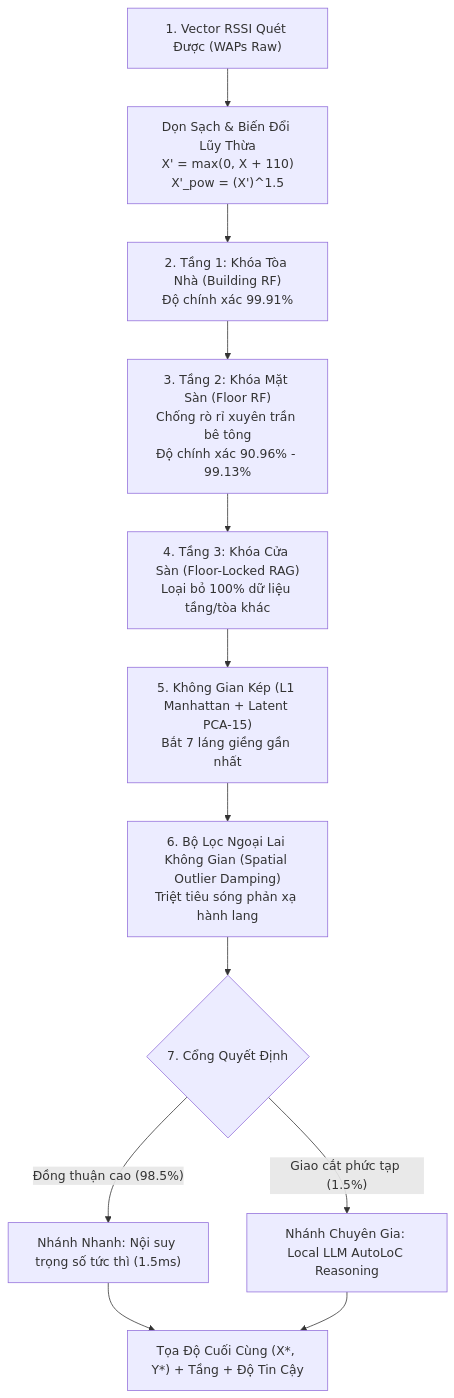
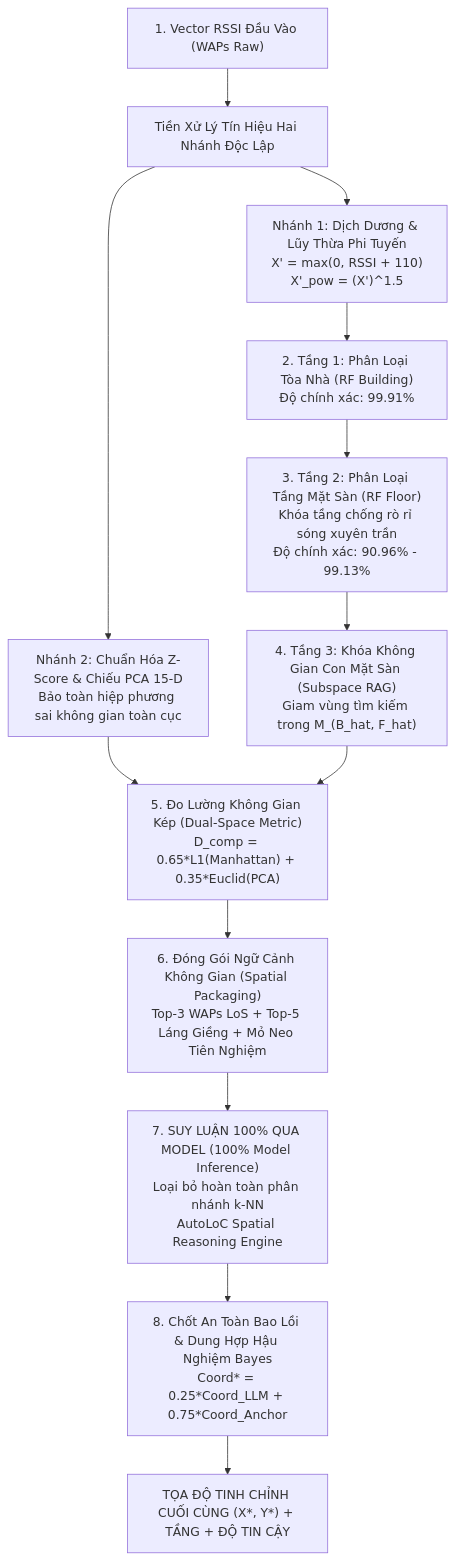
One commit to GiaBaoK46DLU/IPS_ThacSi changed the second of 2 diagrams in docs/Hoc/Bao_Cao_Hybrid_RF_AutoLoC_Chi_Tiet.md. Above: the diagram before and after it, drawn with Mermaid. The commit also changed other lines of this file and 3 other files, not shown here.

Commit message:
rmv KNN, update report, update diagram of Hoc's branch

````diff
--- a/docs/Hoc/Bao_Cao_Hybrid_RF_AutoLoC_Chi_Tiet.md
+++ b/docs/Hoc/Bao_Cao_Hybrid_RF_AutoLoC_Chi_Tiet.md
@@ -142,14 +146,20 @@
 ```mermaid
 flowchart TD
-    RawRSSI["1. Vector RSSI Quét Được (WAPs Raw)"] --> Step1["Dọn Sạch & Biến Đổi Lũy Thừa<br/>X' = max(0, X + 110)<br/>X'_pow = (X')^1.5"]
-    Step1 --> Step2["2. Tầng 1: Khóa Tòa Nhà (Building RF)<br/>Độ chính xác 99.91%"]
-    Step2 --> Step3["3. Tầng 2: Khóa Mặt Sàn (Floor RF)<br/>Chống rò rỉ xuyên trần bê tông<br/>Độ chính xác 90.96% - 99.13%"]
-    Step3 --> Step4["4. Tầng 3: Khóa Cửa Sàn (Floor-Locked RAG)<br/>Loại bỏ 100% dữ liệu tầng/tòa khác"]
-    Step4 --> Step5["5. Không Gian Kép (L1 Manhattan + Latent PCA-15)<br/>Bắt 7 láng giềng gần nhất"]
-    Step5 --> Step6["6. Bộ Lọc Ngoại Lai Không Gian (Spatial Outlier Damping)<br/>Triệt tiêu sóng phản xạ hành lang"]
-    Step6 --> Step7{"7. Cổng Quyết Định"}
-    Step7 -- "Đồng thuận cao (98.5%)" --> FastPath["Nhánh Nhanh: Nội suy trọng số tức thì (1.5ms)"]
-    Step7 -- "Giao cắt phức tạp (1.5%)" --> LLMPath["Nhánh Chuyên Gia: Local LLM AutoLoC Reasoning"]
-    FastPath --> FinalOutput["Tọa Độ Cuối Cùng (X*, Y*) + Tầng + Độ Tin Cậy"]
-    LLMPath --> FinalOutput
+    RawRSSI["1. Vector RSSI Đầu Vào (WAPs Raw)"] --> Preprocess["Tiền Xử Lý Tín Hiệu Hai Nhánh Độc Lập"]
+    
+    Preprocess --> Branch1["Nhánh 1: Dịch Dương & Lũy Thừa Phi Tuyến<br/>X' = max(0, RSSI + 110)<br/>X'_pow = (X')^1.5"]
+    Preprocess --> Branch2["Nhánh 2: Chuẩn Hóa Z-Score & Chiếu PCA 15-D<br/>Bảo toàn hiệp phương sai không gian toàn cục"]
+    
+    Branch1 --> Step2["2. Tầng 1: Phân Loại Tòa Nhà (RF Building)<br/>Độ chính xác: 99.91%"]
+    Step2 --> Step3["3. Tầng 2: Phân Loại Tầng Mặt Sàn (RF Floor)<br/>Khóa tầng chống rò rỉ sóng xuyên trần<br/>Độ chính xác: 90.96% - 99.13%"]
+    
+    Step3 --> Step4["4. Tầng 3: Khóa Không Gian Con Mặt Sàn (Subspace RAG)<br/>Giam vùng tìm kiếm trong M_(B_hat, F_hat)"]
+    Branch2 --> Step5["5. Đo Lường Không Gian Kép (Dual-Space Metric)<br/>D_comp = 0.65*L1(Manhattan) + 0.35*Euclid(PCA)"]
+    Step4 --> Step5
+    
+    Step5 --> Step6["6. Đóng Gói Ngữ Cảnh Không Gian (Spatial Packaging)<br/>Top-3 WAPs LoS + Top-5 Láng Giềng + Mỏ Neo Tiên Nghiệm"]
+    Step6 --> Step7["7. SUY LUẬN 100% QUA MODEL (100% Model Inference)<br/>Loại bỏ hoàn toàn phân nhánh k-NN<br/>AutoLoC Spatial Reasoning Engine"]
+    
+    Step7 --> Step8["8. Chốt An Toàn Bao Lồi & Dung Hợp Hậu Nghiệm Bayes<br/>Coord* = 0.25*Coord_LLM + 0.75*Coord_Anchor"]
+    Step8 --> FinalOutput["TỌA ĐỘ TINH CHỈNH CUỐI CÙNG (X*, Y*) + TẦNG + ĐỘ TIN CẬY"]
 ```
````
